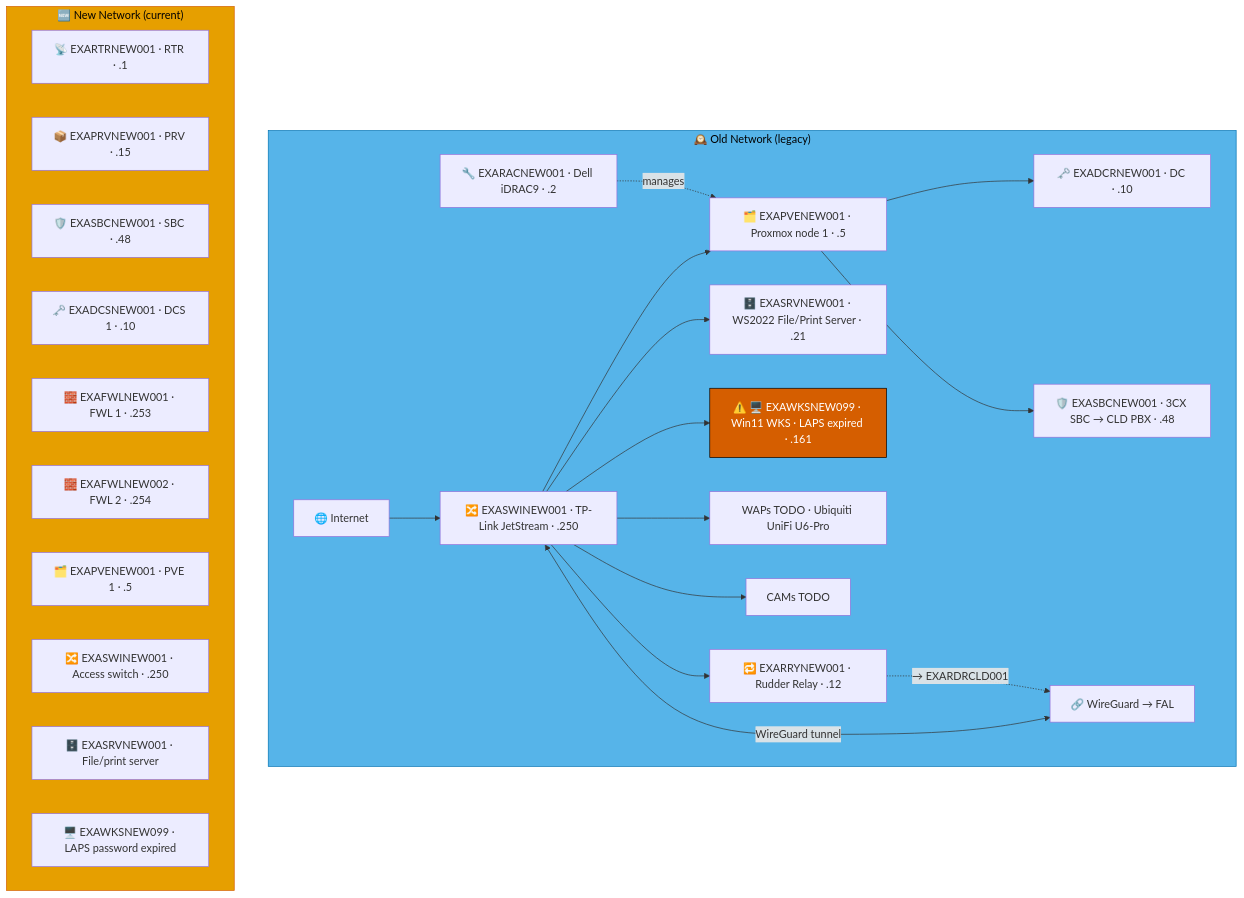
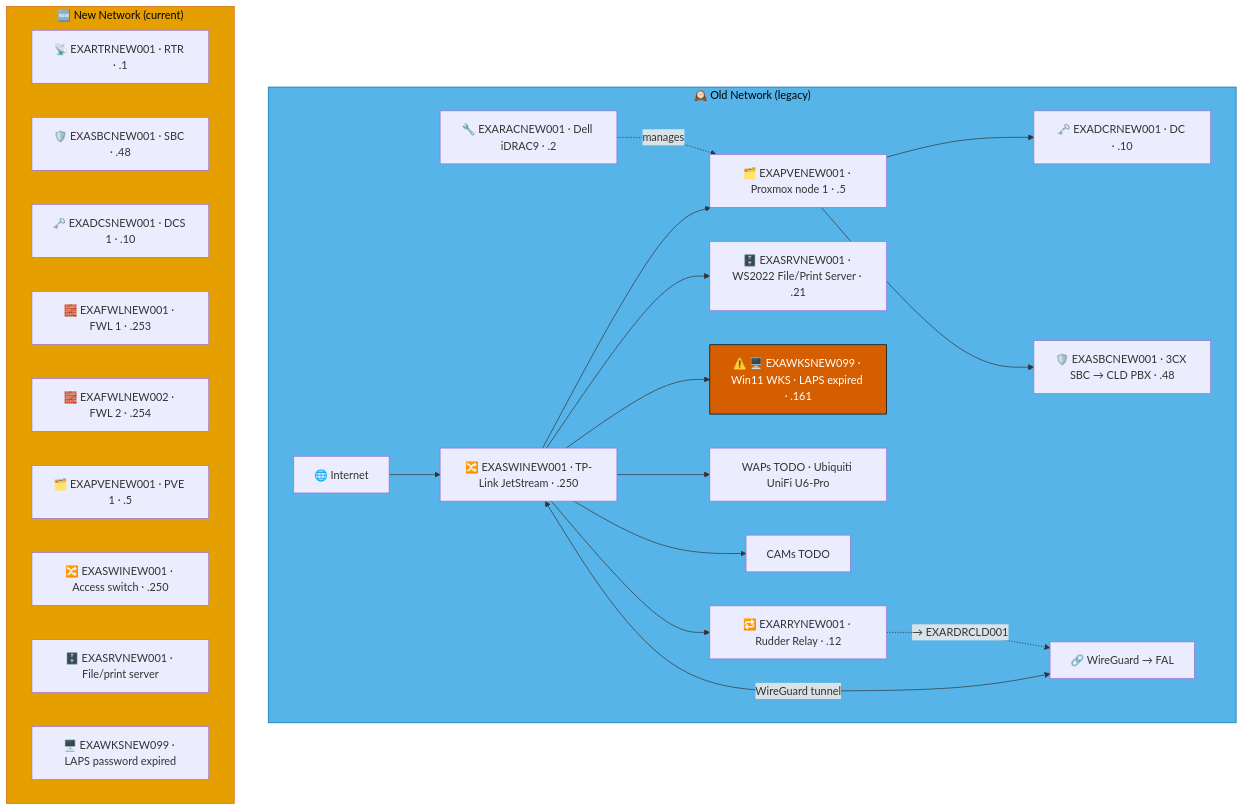
The fifth of 9 diagrams in docs/network-diagram/england.md (knightmare2600/example_music_infra), drawn with Mermaid before and after one commit. The commit also changed other lines of this file and 55 other files, not shown here.

````diff
--- a/docs/network-diagram/england.md
+++ b/docs/network-diagram/england.md
@@ -265,44 +261,43 @@
 ```mermaid
 graph TD
     subgraph OLD_NEW ["🕰️ Old Network (legacy)"]
       INET["🌐 Internet"]
       SW["🔀 EXASWINEW001 · TP-Link JetStream · .250"]
       RAC["🔧 EXARACNEW001 · Dell iDRAC9 · .2"]
       PVE["🗂️ EXAPVENEW001 · Proxmox node 1 · .5"]
       DC["🗝️ EXADCRNEW001 · DC · .10"]
       SBC["🛡️ EXASBCNEW001 · 3CX SBC → CLD PBX · .48"]
       RRY["🔁 EXARRYNEW001 · Rudder Relay · .12"]
       SRV["🗄️ EXASRVNEW001 · WS2022 File/Print Server · .21"]
       WKS["⚠️ 🖥️ EXAWKSNEW099 · Win11 WKS · LAPS expired · .161"]
       WAP["WAPs TODO · Ubiquiti UniFi U6-Pro"]
       CAM["CAMs TODO"]
       VPN["🔗 WireGuard → FAL"]
 
       INET --> SW
       SW --> PVE --> DC & SBC
       RAC -.->|"manages"| PVE
       SW --> SRV & WKS & WAP & CAM
       SW <-->|"WireGuard tunnel"| VPN
 
       SW --> RRY
       RRY -. "→ EXARDRCLD001" .-> VPN
     end
     style OLD_NEW fill:#56B4E9,stroke:#0072B2,color:#000000
     %% GENERATED:NEW-NETWORK:NEW:START
     subgraph NEW_NEW ["🆕 New Network (current)"]
       N_RTR["📡 EXARTRNEW001 · RTR · .1"]
-      N_PRV["📦 EXAPRVNEW001 · PRV · .15"]
       N_SBC["🛡️ EXASBCNEW001 · SBC · .48"]
       N_DCS["🗝️ EXADCSNEW001 · DCS 1 · .10"]
       N_FWL["🧱 EXAFWLNEW001 · FWL 1 · .253"]
       N_FWL2["🧱 EXAFWLNEW002 · FWL 2 · .254"]
       N_PVE["🗂️ EXAPVENEW001 · PVE 1 · .5"]
       N_SWI["🔀 EXASWINEW001 · Access switch · .250"]
       N_SRV["🗄️ EXASRVNEW001 · File/print server"]
       N_WKS["🖥️ EXAWKSNEW099 · LAPS password expired"]
     end
     style NEW_NEW fill:#E69F00,stroke:#D55E00,color:#000000
     %% GENERATED:NEW-NETWORK:NEW:END
     classDef warn fill:#D55E00,stroke:#000000,color:#ffffff
     class WKS warn
 ```
````
